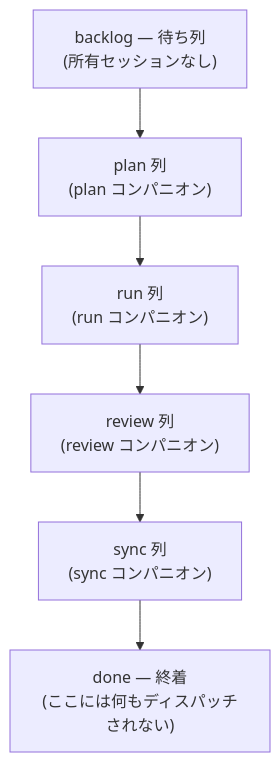
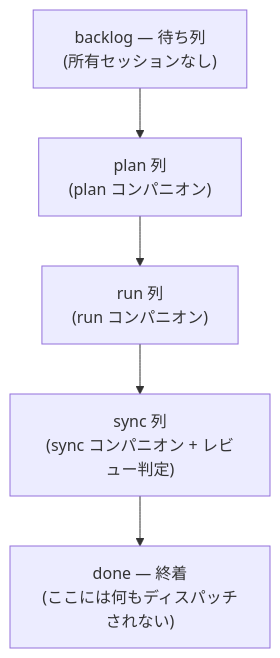
Before and after one commit to modu-ai/moai-adk: the first of 2 diagrams in docs-site/content/ja/core-concepts/kanban-board-terms.md, drawn with Mermaid. The commit also changed other lines of this file and 16 other files, not shown here.

````diff
--- a/docs-site/content/ja/core-concepts/kanban-board-terms.md
+++ b/docs-site/content/ja/core-concepts/kanban-board-terms.md
@@ -17,10 +17,9 @@
 ```mermaid
 flowchart TD
     Backlog["backlog — 待ち列<br/>(所有セッションなし)"]
     Plan["plan 列<br/>(plan コンパニオン)"]
     Run["run 列<br/>(run コンパニオン)"]
-    Review["review 列<br/>(review コンパニオン)"]
-    Sync["sync 列<br/>(sync コンパニオン)"]
+    Sync["sync 列<br/>(sync コンパニオン + レビュー判定)"]
     Done["done — 終着<br/>(ここには何もディスパッチされない)"]
-    Backlog --> Plan --> Run --> Review --> Sync --> Done
+    Backlog --> Plan --> Run --> Sync --> Done
 ```
````
